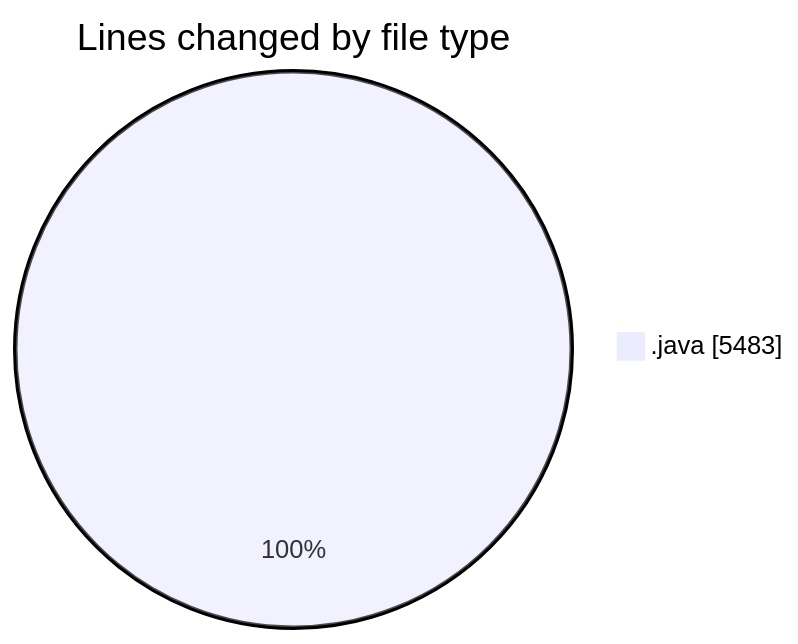
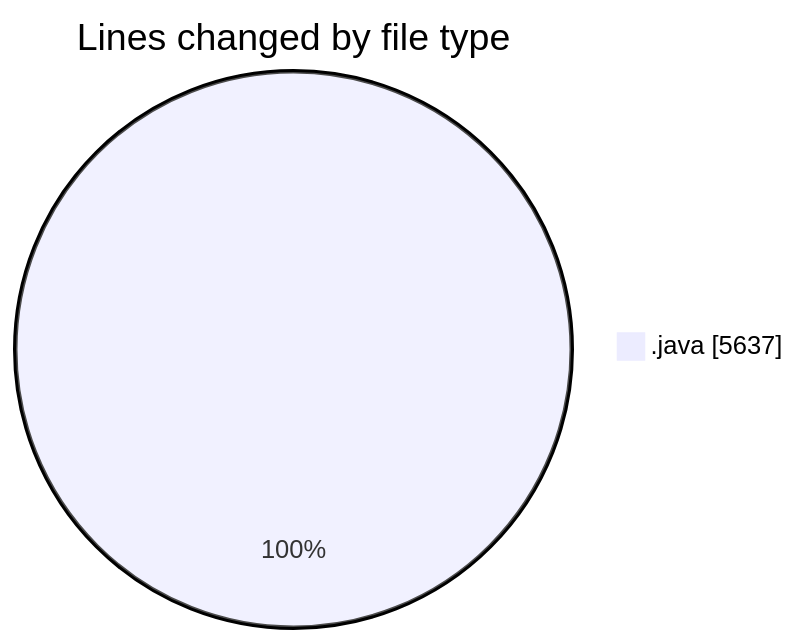
One commit to ricardozamudiocil/code-tracking changed the first of 2 diagrams in 2026-05-05/cilapp/README.md. Above: the diagram before and after it, drawn with Mermaid. The commit also changed other lines of this file and 1 other file, not shown here.

````diff
--- a/2026-05-05/cilapp/README.md
+++ b/2026-05-05/cilapp/README.md
@@ -25,5 +25,5 @@
 ```mermaid
 pie showData
 title Lines changed by file type
-".java" : 5483
+".java" : 5637
 ```
````
